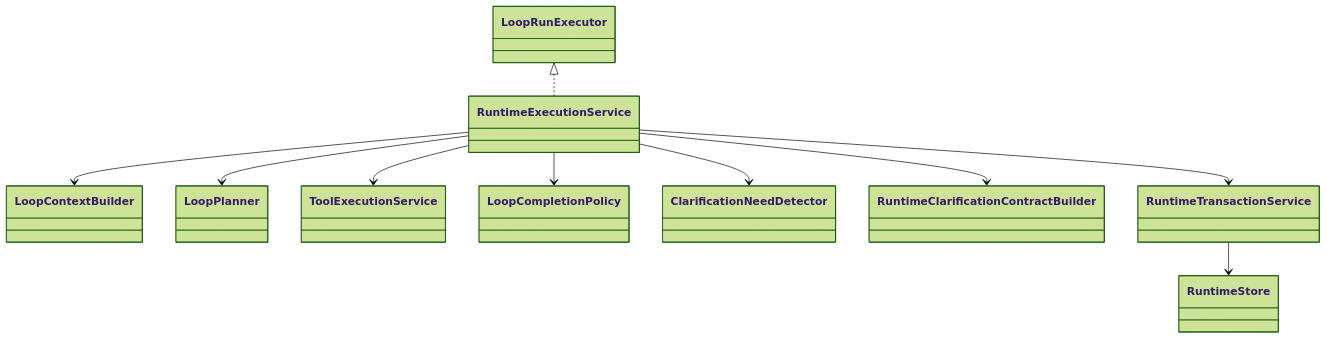
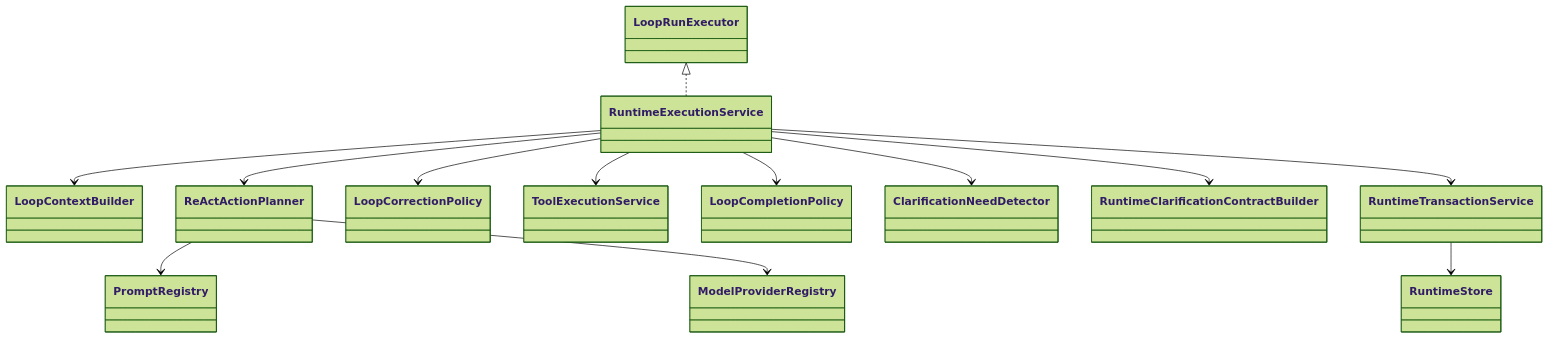
The diagram in backend/src/main/java/com/funjson/metaagent/loop/README.md (funjson/meta-agent), drawn with Mermaid (forest theme) before and after one commit. The commit also changed other lines of this file and 120 other files, not shown here.

Commit message:
Implement agent runtime tools and model settings

````diff
--- a/backend/src/main/java/com/funjson/metaagent/loop/README.md
+++ b/backend/src/main/java/com/funjson/metaagent/loop/README.md
@@ -15,12 +15,15 @@
 ```mermaid
 classDiagram
   LoopRunExecutor <|.. RuntimeExecutionService
   RuntimeExecutionService --> LoopContextBuilder
-  RuntimeExecutionService --> LoopPlanner
+  RuntimeExecutionService --> ReActActionPlanner
+  RuntimeExecutionService --> LoopCorrectionPolicy
+  ReActActionPlanner --> PromptRegistry
+  ReActActionPlanner --> ModelProviderRegistry
   RuntimeExecutionService --> ToolExecutionService
   RuntimeExecutionService --> LoopCompletionPolicy
   RuntimeExecutionService --> ClarificationNeedDetector
   RuntimeExecutionService --> RuntimeClarificationContractBuilder
   RuntimeExecutionService --> RuntimeTransactionService
   RuntimeTransactionService --> RuntimeStore
 ```
````
